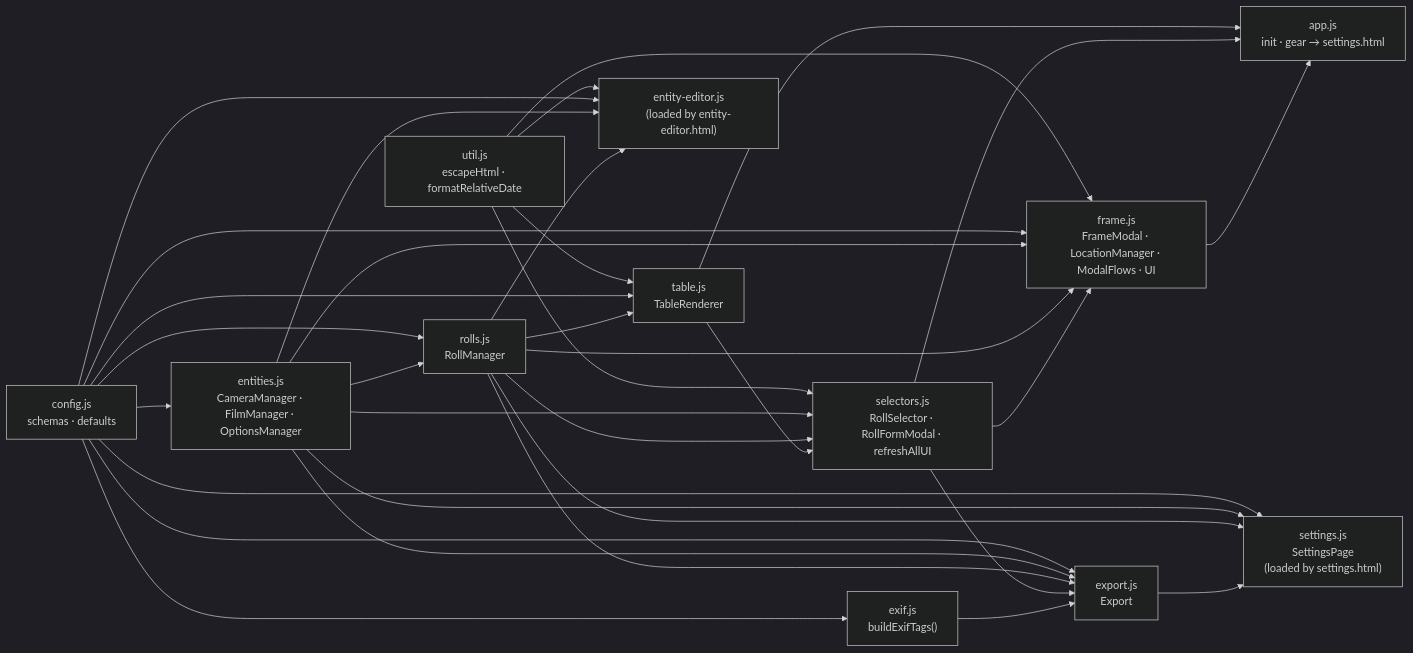
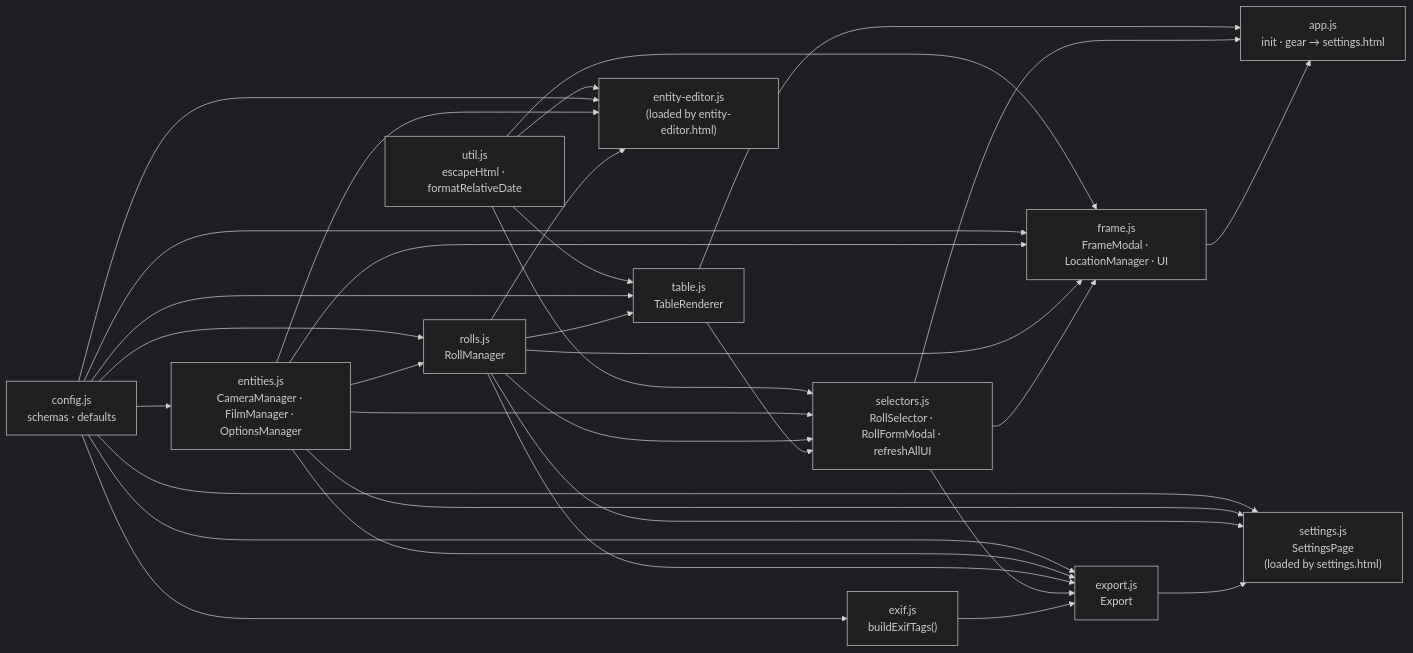
One commit to caksoylar/rolleirecord changed the first of 5 diagrams in architecture.md. Above: the diagram before and after it, drawn with Mermaid (dark theme). The commit also changed other lines of this file and 2 other files, not shown here.

Commit message:
refactor: merge ModalFlows into FrameModal

````diff
--- a/architecture.md
+++ b/architecture.md
@@ -42,53 +42,53 @@
 ```mermaid
 graph LR
     util["util.js\nescapeHtml · formatRelativeDate"]
     config["config.js\nschemas · defaults"]
     entities["entities.js\nCameraManager · FilmManager · OptionsManager"]
     rolls["rolls.js\nRollManager"]
     table["table.js\nTableRenderer"]
     selectors["selectors.js\nRollSelector · RollFormModal · refreshAllUI"]
     exif["exif.js\nbuildExifTags()"]
     export_["export.js\nExport"]
-    frame["frame.js\nFrameModal · LocationManager · ModalFlows · UI"]
+    frame["frame.js\nFrameModal · LocationManager · UI"]
     app["app.js\ninit · gear → settings.html"]
     entity_editor["entity-editor.js\n(loaded by entity-editor.html)"]
     settings["settings.js\nSettingsPage\n(loaded by settings.html)"]
 
     util --> table
     util --> selectors
     util --> frame
     util --> entity_editor
 
     config --> entities
     config --> rolls
     config --> table
     config --> frame
     config --> export_
     config --> exif
     config --> entity_editor
     config --> settings
 
     entities --> rolls
     entities --> selectors
     entities --> frame
     entities --> export_
     entities --> entity_editor
     entities --> settings
 
     rolls --> selectors
     rolls --> table
     rolls --> frame
     rolls --> export_
     rolls --> settings
     rolls --> entity_editor
 
     table --> selectors
     table --> app
 
     selectors --> app
     selectors --> export_
     selectors --> frame
     exif --> export_
     export_ --> settings
     frame --> app
 ```
````
